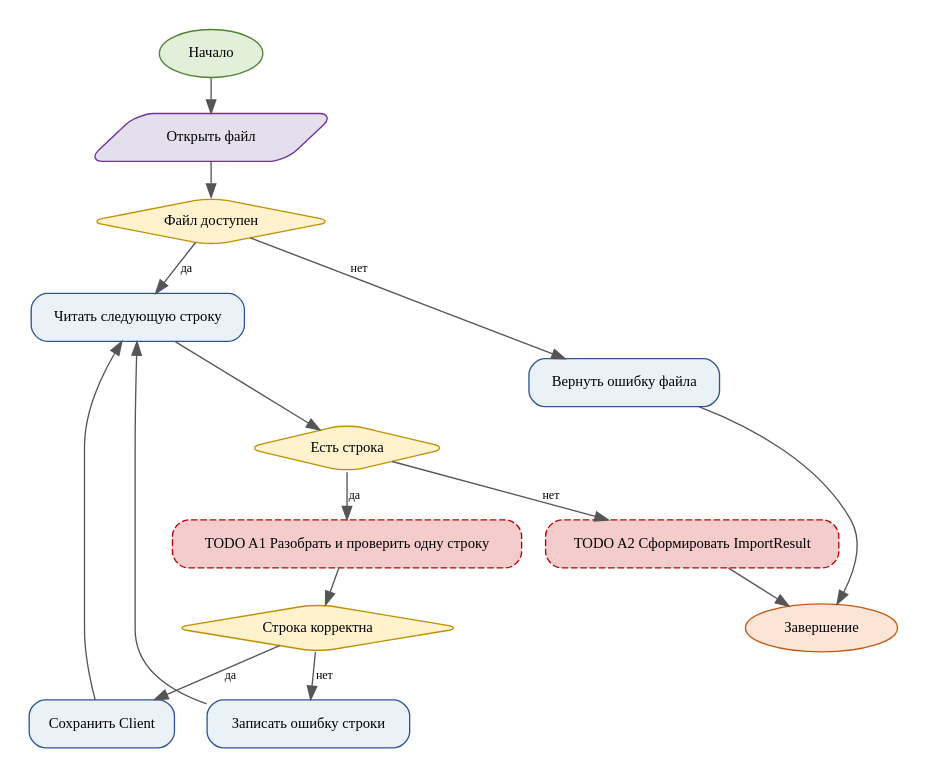
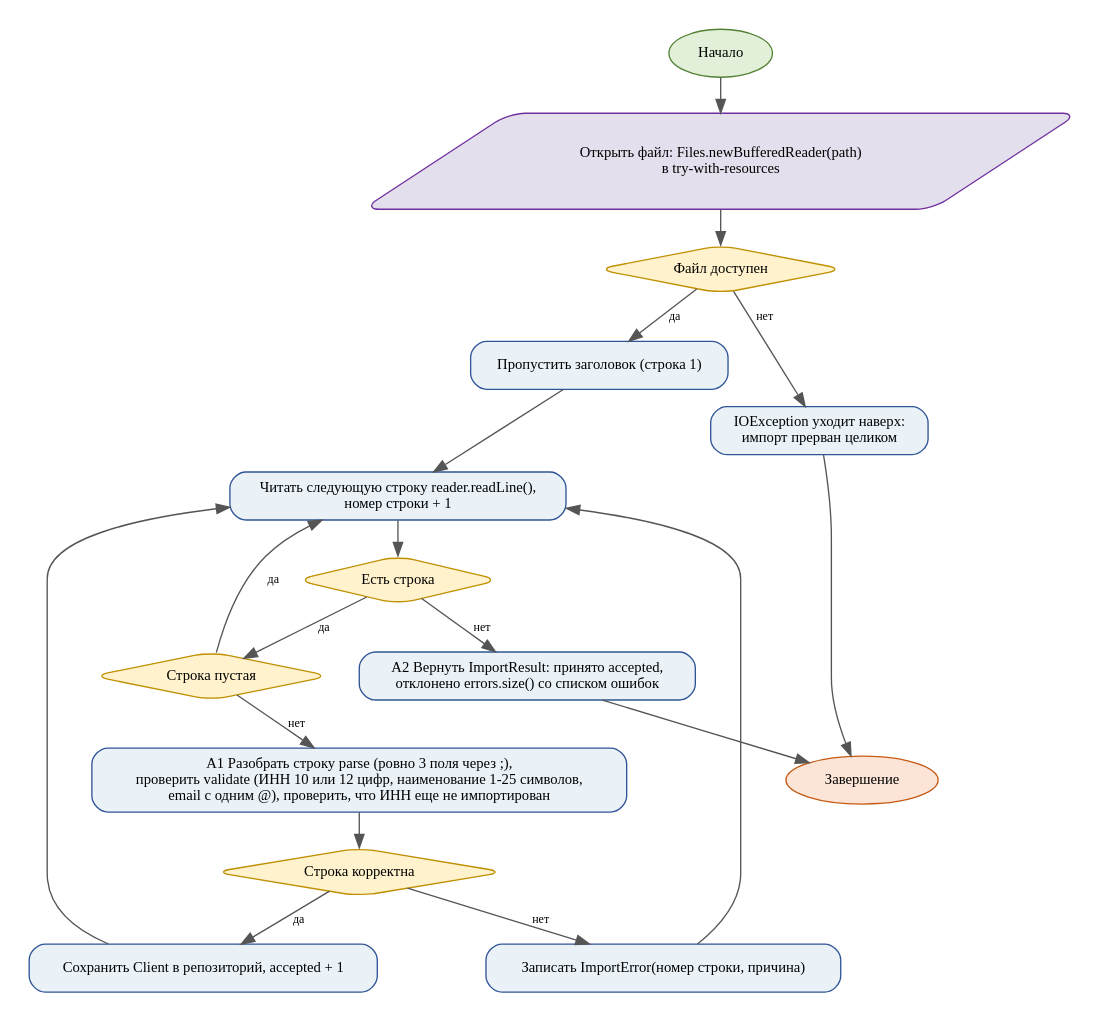
Before and after one commit to svpeditor/pr11-klimashevskiy-da: the diagram in diagrams/activity.dot, drawn with Graphviz. The commit also changed 3 other files, not shown here.

Commit message:
Итоговые activity-диаграмма и диаграмма классов

```diff
--- a/diagrams/activity.dot
+++ b/diagrams/activity.dot
@@ -1,31 +1,36 @@
 digraph G {
-graph [rankdir=TB, bgcolor="white", pad=0.2, nodesep=0.25, ranksep=0.35];
+graph [rankdir=TB, bgcolor="white", pad=0.2, nodesep=0.3, ranksep=0.35];
 node [shape=box, style="rounded,filled", fontname="Times New Roman", fontsize=11, color="#2F5597", fillcolor="#EAF2F8", margin="0.12,0.08"];
 edge [fontname="Times New Roman", fontsize=9, color="#555555"];
 start [label="Начало", shape=oval, fillcolor="#E2F0D9", color="#548235"];
 end [label="Завершение", shape=oval, fillcolor="#FCE4D6", color="#C65911"];
-n1 [label="Открыть файл" ,shape=parallelogram,fillcolor="#E4DFEC",color="#7030A0"];
+n1 [label="Открыть файл: Files.newBufferedReader(path)\nв try-with-resources" ,shape=parallelogram,fillcolor="#E4DFEC",color="#7030A0"];
 n2 [label="Файл доступен" ,shape=diamond,fillcolor="#FFF2CC",color="#BF9000"];
-n3 [label="Читать следующую строку" ];
+n2b [label="Пропустить заголовок (строка 1)"];
+n3 [label="Читать следующую строку reader.readLine(),\nномер строки + 1"];
 n4 [label="Есть строка" ,shape=diamond,fillcolor="#FFF2CC",color="#BF9000"];
-n5 [label="TODO A1 Разобрать и проверить одну строку" ,fillcolor="#F4CCCC",color="#C00000",style="rounded,dashed,filled"];
+n4b [label="Строка пустая" ,shape=diamond,fillcolor="#FFF2CC",color="#BF9000"];
+n5 [label="A1 Разобрать строку parse (ровно 3 поля через ;),\nпроверить validate (ИНН 10 или 12 цифр, наименование 1-25 символов,\nemail с одним @), проверить, что ИНН еще не импортирован"];
 n6 [label="Строка корректна" ,shape=diamond,fillcolor="#FFF2CC",color="#BF9000"];
-n7 [label="Сохранить Client" ];
-n8 [label="Записать ошибку строки" ];
-n9 [label="TODO A2 Сформировать ImportResult" ,fillcolor="#F4CCCC",color="#C00000",style="rounded,dashed,filled"];
-n10 [label="Вернуть ошибку файла" ];
+n7 [label="Сохранить Client в репозиторий, accepted + 1"];
+n8 [label="Записать ImportError(номер строки, причина)"];
+n9 [label="A2 Вернуть ImportResult: принято accepted,\nотклонено errors.size() со списком ошибок"];
+n10 [label="IOException уходит наверх:\nимпорт прерван целиком"];
 start -> n1;
 n1 -> n2;
-n2 -> n3 [label="да"];
+n2 -> n2b [label="да"];
 n2 -> n10 [label="нет"];
+n2b -> n3;
 n3 -> n4;
-n4 -> n5 [label="да"];
+n4 -> n4b [label="да"];
 n4 -> n9 [label="нет"];
+n4b -> n3 [label="да"];
+n4b -> n5 [label="нет"];
 n5 -> n6;
 n6 -> n7 [label="да"];
 n6 -> n8 [label="нет"];
 n7 -> n3;
 n8 -> n3;
 n9 -> end;
 n10 -> end;
 }
```
